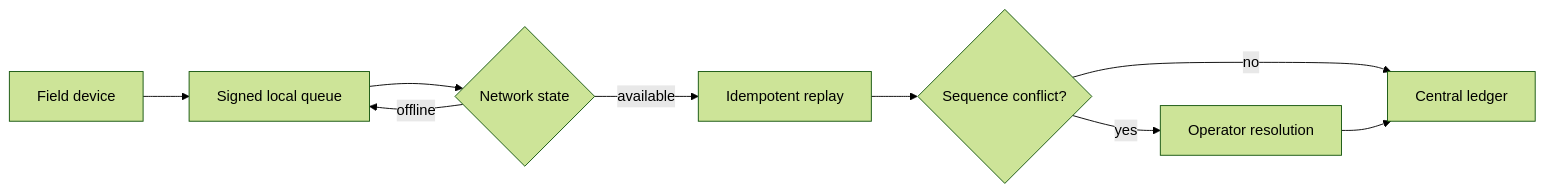
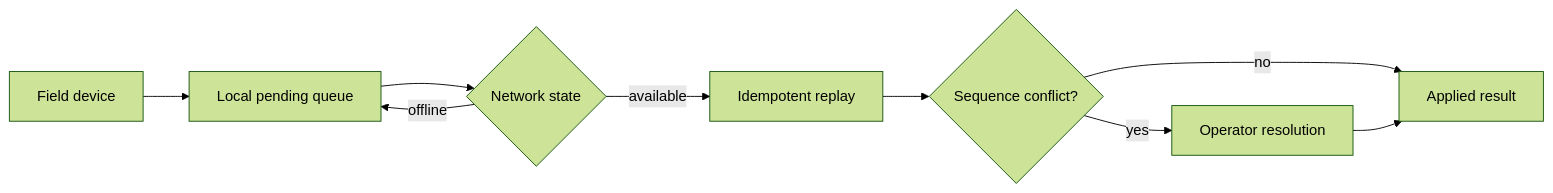
The diagram in README.md (Jermaine-Anugwom/edgesync-fieldkit), drawn with Mermaid (forest theme) before and after one commit. The commit also changed other lines of this file and 17 other files, not shown here.

````diff
--- a/README.md
+++ b/README.md
@@ -29,11 +29,11 @@
 ```mermaid
 flowchart LR
-  A[Field device] --> B[Signed local queue]
+  A[Field device] --> B[Local pending queue]
   B --> C{Network state}
   C -->|available| D[Idempotent replay]
   C -->|offline| B
   D --> E{Sequence conflict?}
-  E -->|no| F[Central ledger]
+  E -->|no| F[Applied result]
   E -->|yes| G[Operator resolution]
   G --> F
 ```
````
